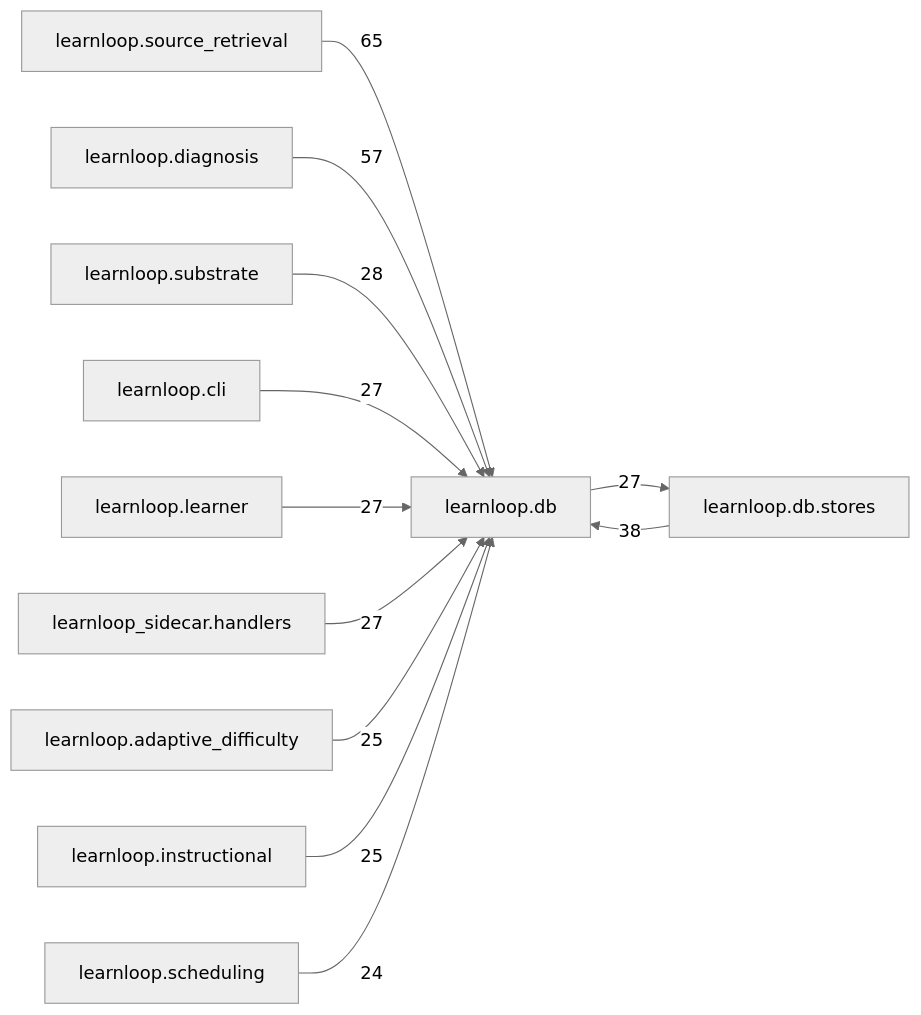
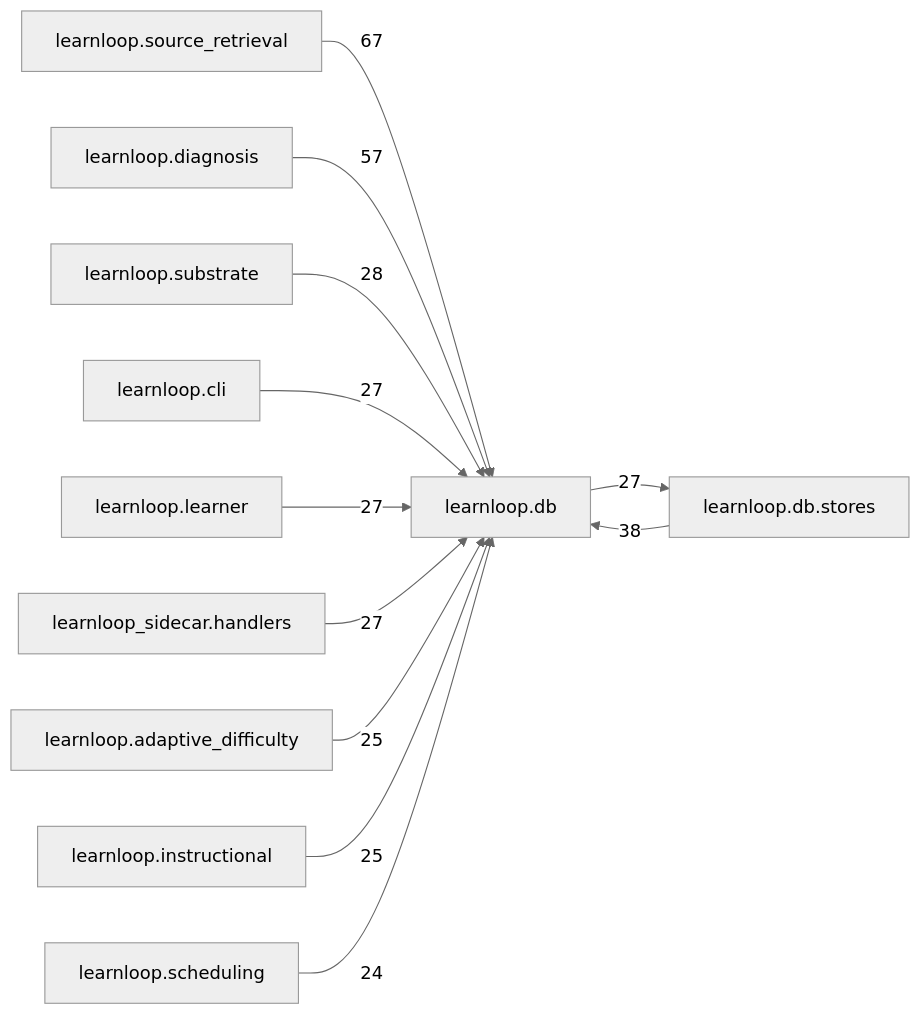
Before and after one commit to 6up-b/learnanything: the diagram in docs/learnloop-architecture-vault/Reference/Modules/learnloop/db/_package.md, drawn with Mermaid (neutral theme). The commit also changed other lines of this file and 56 other files, not shown here.

````diff
--- a/docs/learnloop-architecture-vault/Reference/Modules/learnloop/db/_package.md
+++ b/docs/learnloop-architecture-vault/Reference/Modules/learnloop/db/_package.md
@@ -155,25 +155,25 @@
 ```mermaid
 flowchart LR
     center["learnloop.db"]
+    n_learnloop_source_retrieval["learnloop.source_retrieval"]
     n_learnloop_db_stores["learnloop.db.stores"]
-    n_learnloop_source_retrieval["learnloop.source_retrieval"]
     n_learnloop_diagnosis["learnloop.diagnosis"]
     n_learnloop_substrate["learnloop.substrate"]
     n_learnloop_cli["learnloop.cli"]
     n_learnloop_learner["learnloop.learner"]
     n_learnloop_sidecar_handlers["learnloop_sidecar.handlers"]
     n_learnloop_adaptive_difficulty["learnloop.adaptive_difficulty"]
     n_learnloop_instructional["learnloop.instructional"]
     n_learnloop_scheduling["learnloop.scheduling"]
+    n_learnloop_source_retrieval -->|67| center
     n_learnloop_db_stores -->|38| center
     center -->|27| n_learnloop_db_stores
-    n_learnloop_source_retrieval -->|65| center
     n_learnloop_diagnosis -->|57| center
     n_learnloop_substrate -->|28| center
     n_learnloop_cli -->|27| center
     n_learnloop_learner -->|27| center
     n_learnloop_sidecar_handlers -->|27| center
     n_learnloop_adaptive_difficulty -->|25| center
     n_learnloop_instructional -->|25| center
     n_learnloop_scheduling -->|24| center
 ```
````
